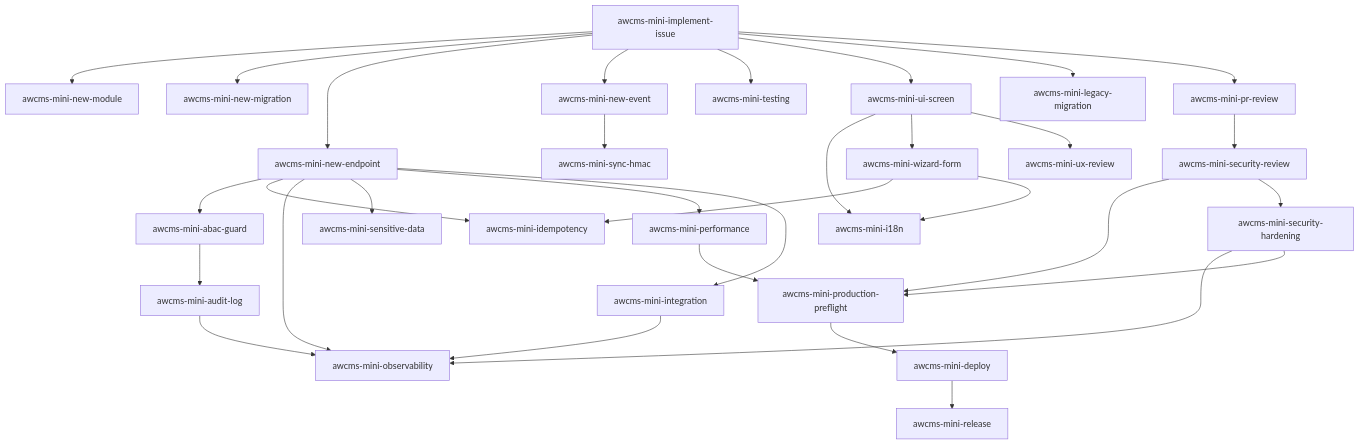
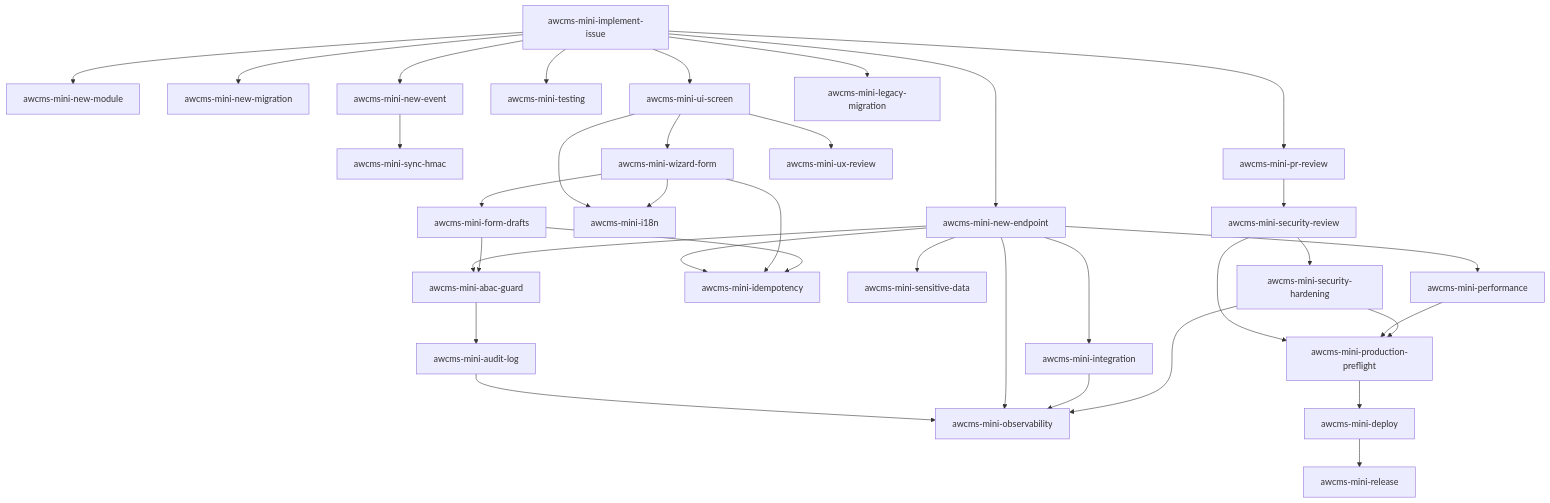
One commit to ahliweb/awcms-mini changed the diagram in .claude/skills/README.md. Above: the diagram before and after it, drawn with Mermaid. The commit also changed other lines of this file and 27 other files, not shown here.

````diff
--- a/.claude/skills/README.md
+++ b/.claude/skills/README.md
@@ -56,35 +57,38 @@
 ```mermaid
 flowchart TD
   II[awcms-mini-implement-issue] --> NM[awcms-mini-new-module]
   II --> MIG[awcms-mini-new-migration]
   II --> EP[awcms-mini-new-endpoint]
   II --> EV[awcms-mini-new-event]
   II --> TST[awcms-mini-testing]
   EP --> ABAC[awcms-mini-abac-guard]
   EP --> IDEM[awcms-mini-idempotency]
   ABAC --> AUD[awcms-mini-audit-log]
   AUD --> OBS[awcms-mini-observability]
   EP --> OBS
   EP --> SD[awcms-mini-sensitive-data]
   EV --> SYNC[awcms-mini-sync-hmac]
   II --> UI[awcms-mini-ui-screen]
   UI --> I18N[awcms-mini-i18n]
   UI --> WIZ[awcms-mini-wizard-form]
   WIZ --> IDEM
   WIZ --> I18N
+  WIZ --> DRAFT[awcms-mini-form-drafts]
+  DRAFT --> IDEM
+  DRAFT --> ABAC
   II --> LEG[awcms-mini-legacy-migration]
   II --> PR[awcms-mini-pr-review]
   PR --> SEC[awcms-mini-security-review]
   SEC --> PF[awcms-mini-production-preflight]
   PF --> DEP[awcms-mini-deploy]
   DEP --> REL[awcms-mini-release]
 
   UI --> UXR[awcms-mini-ux-review]
   EP --> PERF[awcms-mini-performance]
   EP --> INT[awcms-mini-integration]
   INT --> OBS
   SEC --> HARD[awcms-mini-security-hardening]
   HARD --> OBS
   PERF --> PF
   HARD --> PF
 ```
````
